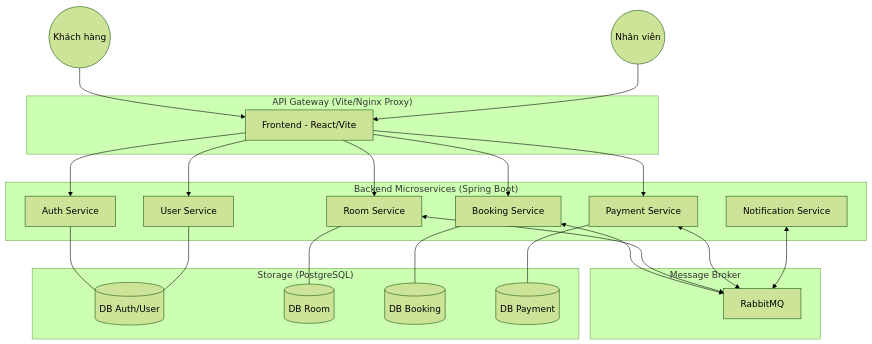
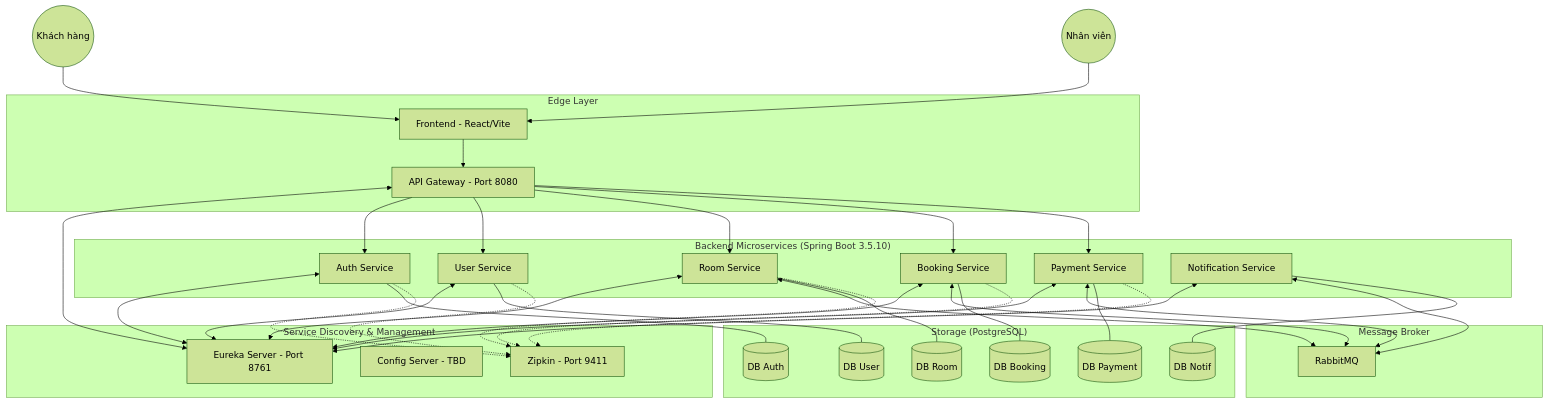
Before and after one commit to thaiquo/KTPM_HOTEL_SYSTEM: the diagram in README.md, drawn with Mermaid (forest theme). The commit also changed other lines of this file and 93 other files, not shown here.

````diff
--- a/README.md
+++ b/README.md
@@ -13,46 +11,69 @@
 ```mermaid
 graph TD
     User((Khách hàng)) --> Frontend[Frontend - React/Vite]
     Staff((Nhân viên)) --> Frontend
     
-    subgraph "API Gateway (Vite/Nginx Proxy)"
-        Frontend
+    subgraph "Edge Layer"
+        Frontend --> GATEWAY[API Gateway - Port 8080]
     end
 
-    subgraph "Backend Microservices (Spring Boot)"
+    subgraph "Service Discovery & Management"
+        EUREKA[Eureka Server - Port 8761]
+        CONFIG[Config Server - TBD]
+        ZIPKIN[Zipkin - Port 9411]
+    end
+
+    subgraph "Backend Microservices (Spring Boot 3.5.10)"
         AUTH[Auth Service]
         USER[User Service]
         ROOM[Room Service]
         BOOKING[Booking Service]
         PAYMENT[Payment Service]
         NOTIF[Notification Service]
     end
 
     subgraph "Message Broker"
         MQ[RabbitMQ]
     end
 
     subgraph "Storage (PostgreSQL)"
-        DB_AUTH[(DB Auth/User)]
+        DB_AUTH[(DB Auth)]
+        DB_USER[(DB User)]
         DB_ROOM[(DB Room)]
         DB_BOOKING[(DB Booking)]
         DB_PAYMENT[(DB Payment)]
+        DB_NOTIF[(DB Notif)]
     end
 
-    Frontend --> AUTH
-    Frontend --> USER
-    Frontend --> ROOM
-    Frontend --> BOOKING
-    Frontend --> PAYMENT
-    
+    GATEWAY <--> EUREKA
+    AUTH <--> EUREKA
+    USER <--> EUREKA
+    ROOM <--> EUREKA
+    BOOKING <--> EUREKA
+    PAYMENT <--> EUREKA
+    NOTIF <--> EUREKA
+
+    GATEWAY --> AUTH
+    GATEWAY --> USER
+    GATEWAY --> ROOM
+    GATEWAY --> BOOKING
+    GATEWAY --> PAYMENT
+
     BOOKING <--> MQ
     ROOM <--> MQ
     PAYMENT <--> MQ
     NOTIF <--> MQ
 
     AUTH --- DB_AUTH
-    USER --- DB_AUTH
+    USER --- DB_USER
     ROOM --- DB_ROOM
     BOOKING --- DB_BOOKING
     PAYMENT --- DB_PAYMENT
+    NOTIF --- DB_NOTIF
+
+    AUTH -.-> ZIPKIN
+    USER -.-> ZIPKIN
+    ROOM -.-> ZIPKIN
+    BOOKING -.-> ZIPKIN
+    PAYMENT -.-> ZIPKIN
 ```
````
